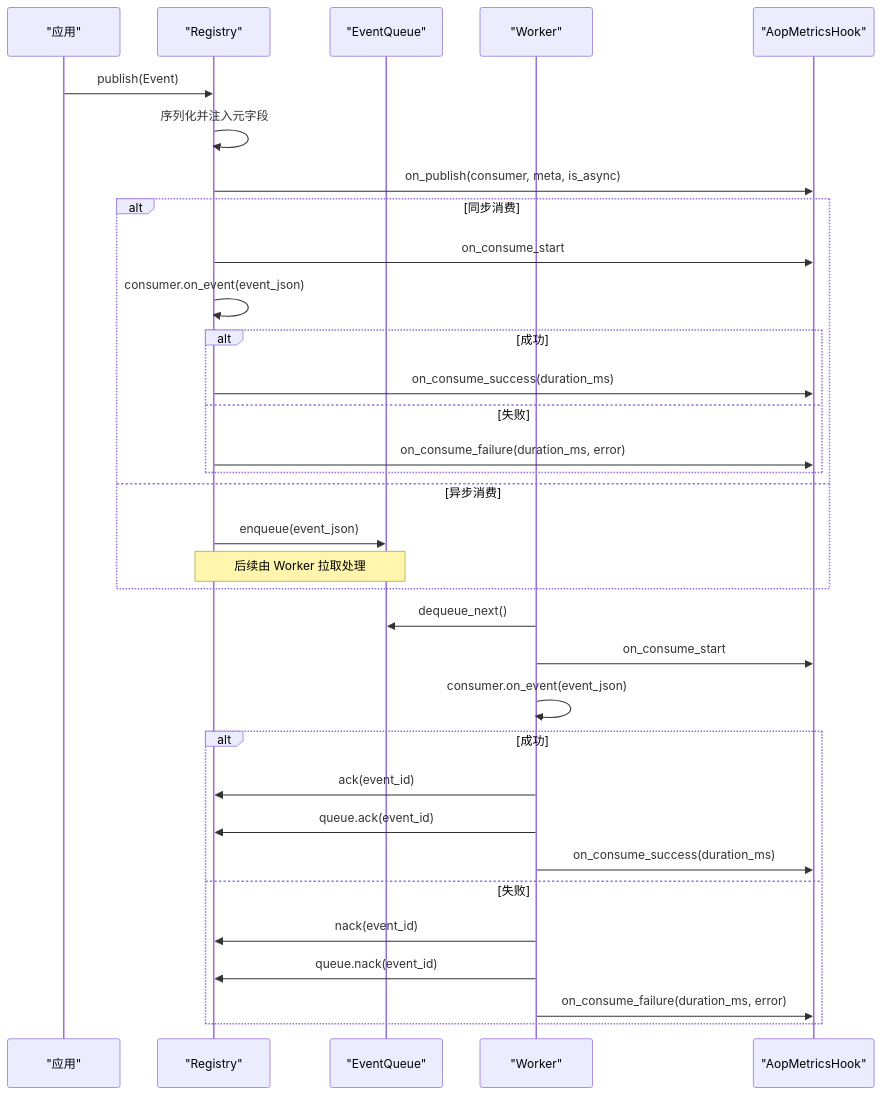
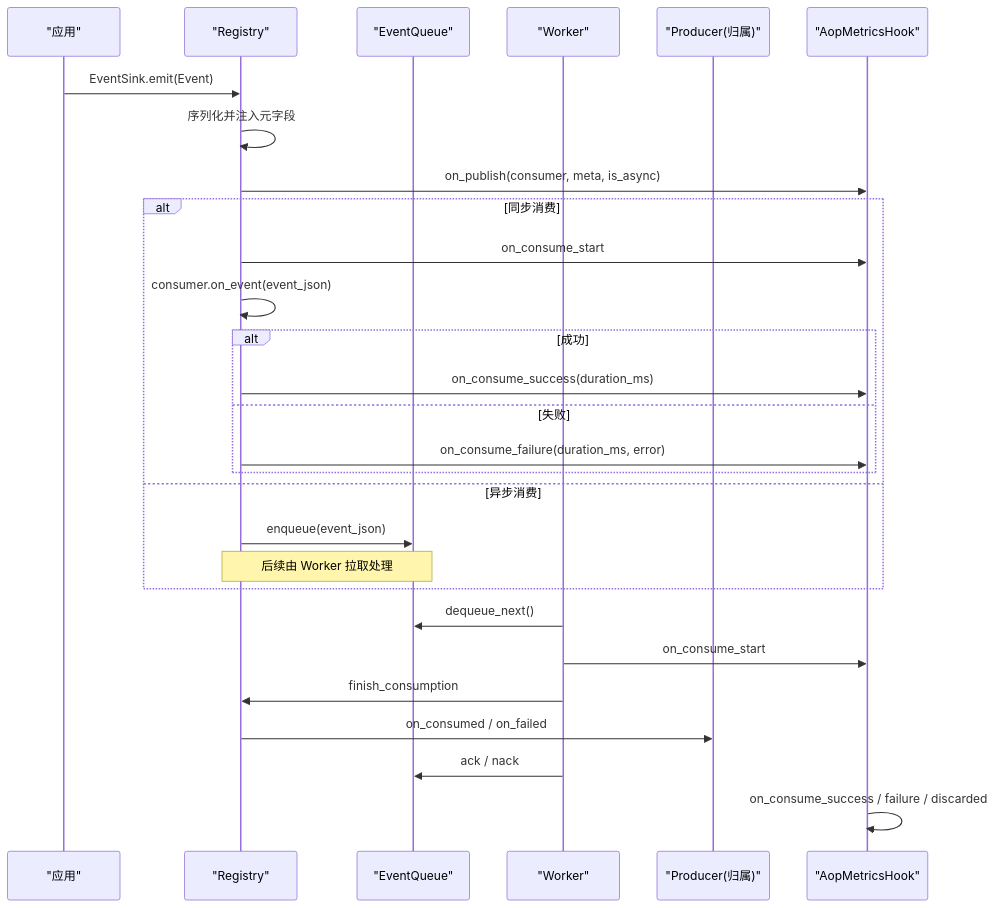
Before and after one commit to runningcoders/ai_orz: the second of 7 diagrams in docs/wiki/zh/content/基础设施/AOP 事件系统/AOP 核心架构/事件系统核心.md, drawn with Mermaid. The commit also changed other lines of this file and 37 other files, not shown here.

````diff
--- a/docs/wiki/zh/content/基础设施/AOP 事件系统/AOP 核心架构/事件系统核心.md
+++ b/docs/wiki/zh/content/基础设施/AOP 事件系统/AOP 核心架构/事件系统核心.md
@@ -95,35 +111,30 @@
 ```mermaid
 sequenceDiagram
 participant App as "应用"
 participant Reg as "Registry"
 participant Q as "EventQueue"
 participant W as "Worker"
+participant PR as "Producer(归属)"
 participant Hook as "AopMetricsHook"
-App->>Reg : publish(Event)
+App->>Reg : EventSink.emit(Event)
 Reg->>Reg : 序列化并注入元字段
 Reg->>Hook : on_publish(consumer, meta, is_async)
 alt 同步消费
 Reg->>Hook : on_consume_start
 Reg->>Reg : consumer.on_event(event_json)
 alt 成功
 Reg->>Hook : on_consume_success(duration_ms)
 else 失败
 Reg->>Hook : on_consume_failure(duration_ms, error)
 end
 else 异步消费
 Reg->>Q : enqueue(event_json)
 Note over Reg,Q : 后续由 Worker 拉取处理
 end
 W->>Q : dequeue_next()
 W->>Hook : on_consume_start
-W->>W : consumer.on_event(event_json)
-alt 成功
-W->>Reg : ack(event_id)
-W->>Reg : queue.ack(event_id)
-W->>Hook : on_consume_success(duration_ms)
-else 失败
-W->>Reg : nack(event_id)
-W->>Reg : queue.nack(event_id)
-W->>Hook : on_consume_failure(duration_ms, error)
-end
+W->>Reg : finish_consumption
+Reg->>PR : on_consumed / on_failed
+W->>Q : ack / nack
+Hook->>Hook : on_consume_success / failure / discarded
 ```
````
